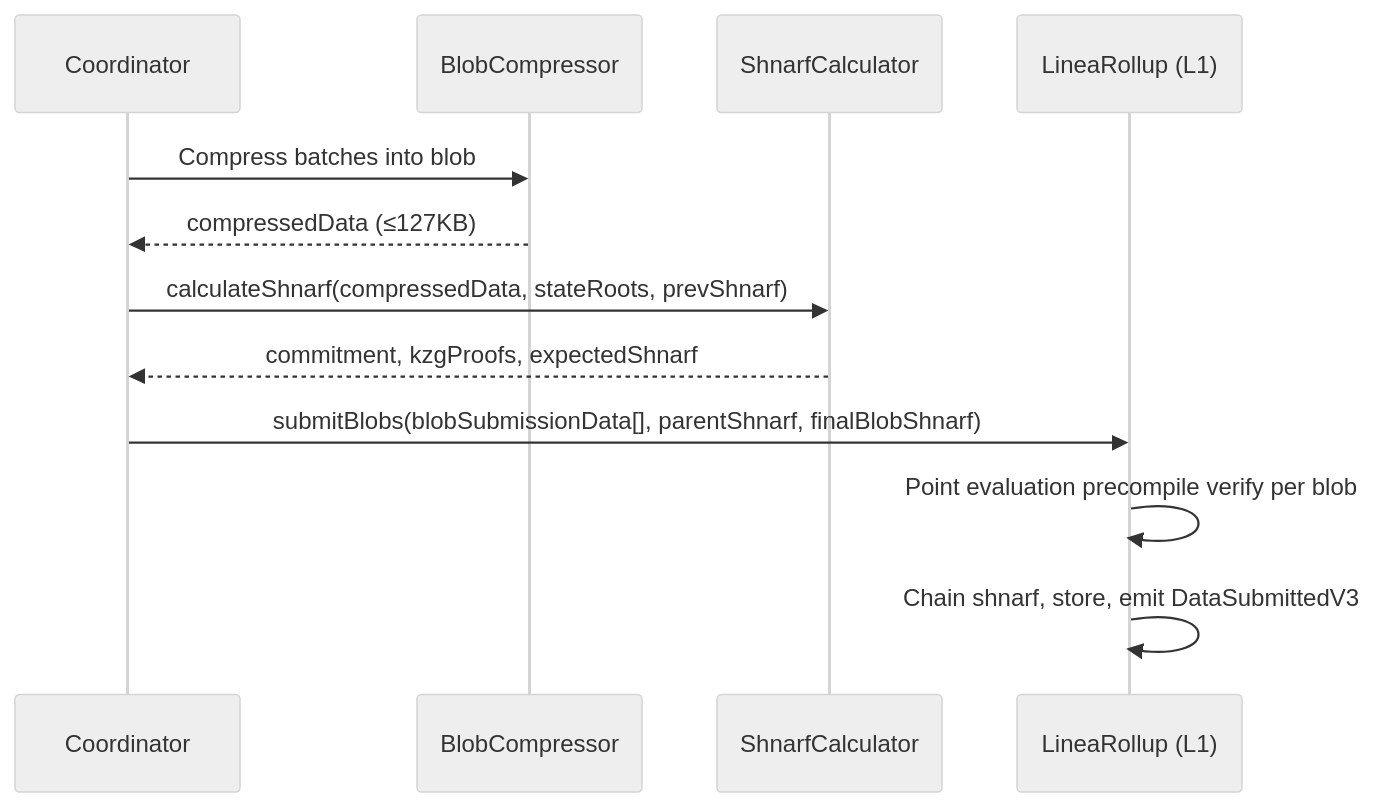
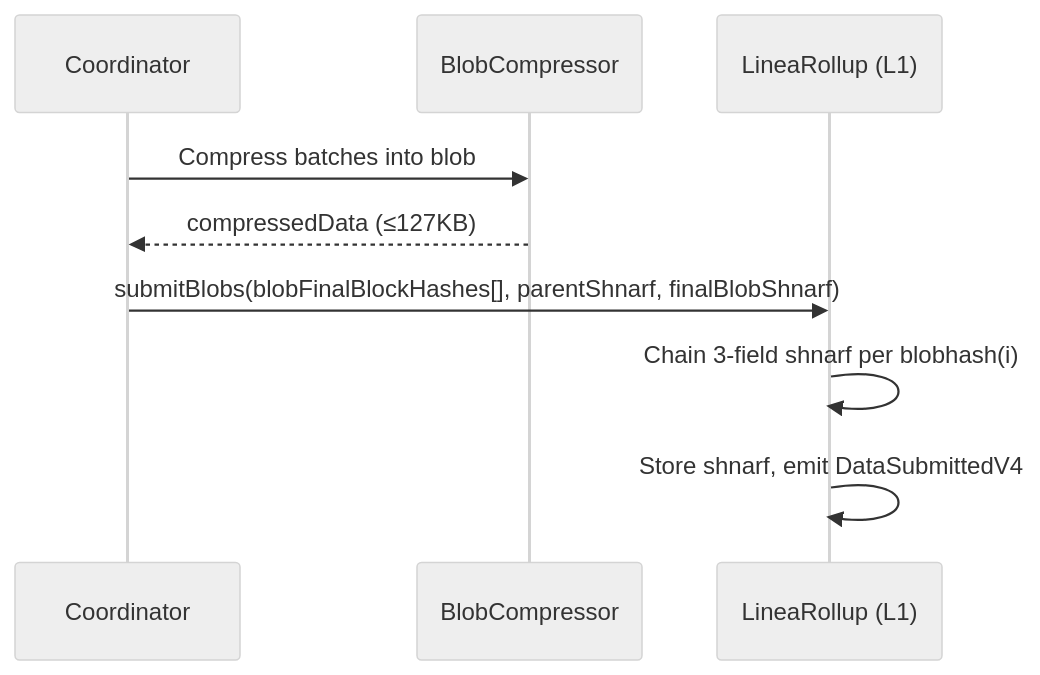
Before and after one commit to LFDT-Lineth/lineth-monorepo: the first of 2 diagrams in docs/features/rollup.md, drawn with Mermaid (neutral theme). The commit also changed other lines of this file and 33 other files, not shown here.

````diff
--- a/docs/features/rollup.md
+++ b/docs/features/rollup.md
@@ -76,15 +83,12 @@
 ```mermaid
 sequenceDiagram
     participant Coord as Coordinator
     participant Comp as BlobCompressor
-    participant Shnarf as ShnarfCalculator
     participant L1 as LineaRollup (L1)
 
     Coord->>Comp: Compress batches into blob
     Comp-->>Coord: compressedData (≤127KB)
-    Coord->>Shnarf: calculateShnarf(compressedData, stateRoots, prevShnarf)
-    Shnarf-->>Coord: commitment, kzgProofs, expectedShnarf
-    Coord->>L1: submitBlobs(blobSubmissionData[], parentShnarf, finalBlobShnarf)
-    L1->>L1: Point evaluation precompile verify per blob
-    L1->>L1: Chain shnarf, store, emit DataSubmittedV3
+    Coord->>L1: submitBlobs(blobFinalBlockHashes[], parentShnarf, finalBlobShnarf)
+    L1->>L1: Chain 3-field shnarf per blobhash(i)
+    L1->>L1: Store shnarf, emit DataSubmittedV4
 ```
````
